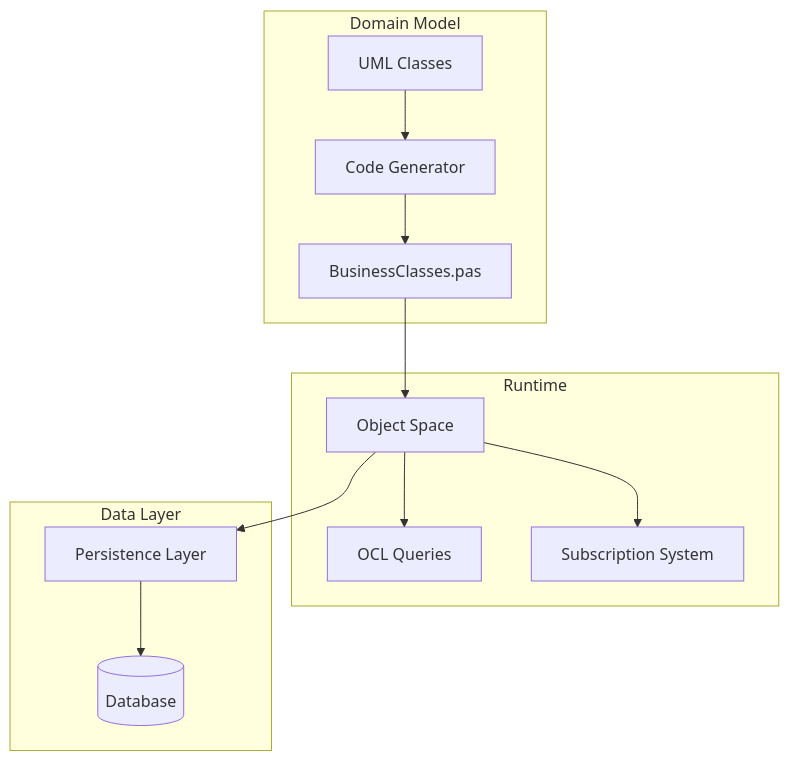
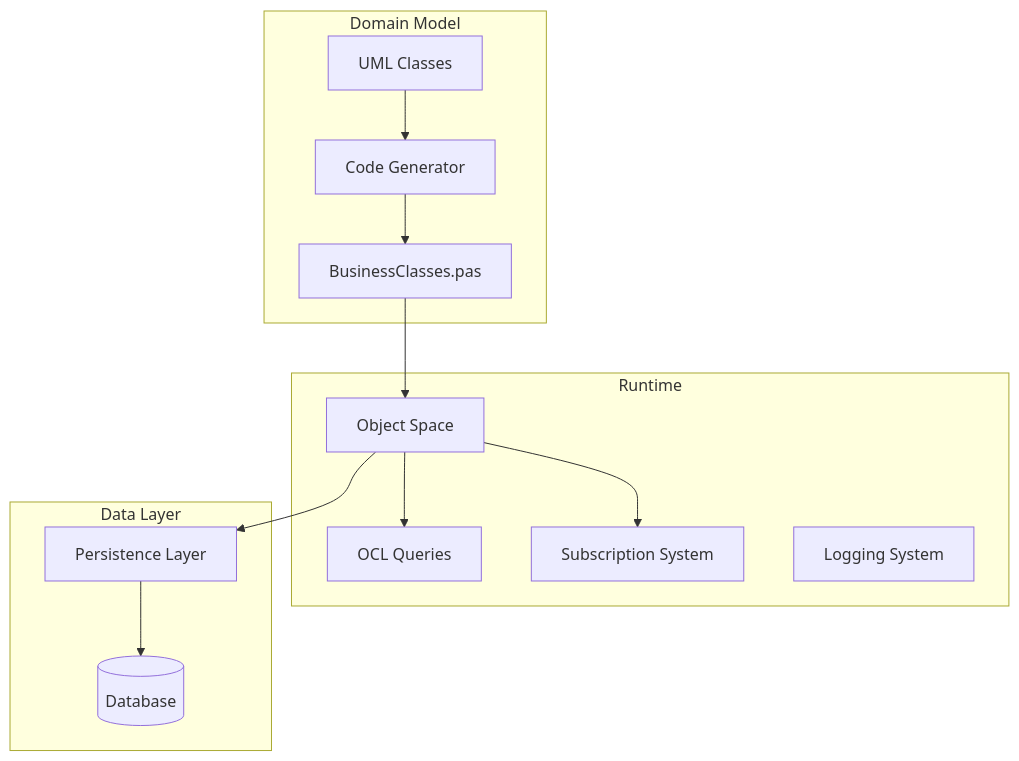
One commit to bero/BoldForDelphi changed the diagram in docs/concepts/index.md. Above: the diagram before and after it, drawn with Mermaid. The commit also changed other lines of this file and 2 other files, not shown here.

Commit message:
Add logging documentation
New documentation covering the three Bold logging systems:
- Simple file logging (BoldThreadSafeLog)
- Modern multi-sink logging (BoldLogManager)
- Legacy UI logging with progress tracking (BoldLogHandler)

Includes practical examples for each system.

````diff
--- a/docs/concepts/index.md
+++ b/docs/concepts/index.md
@@ -7,27 +7,28 @@
 ```mermaid
 flowchart TB
     subgraph Model["Domain Model"]
         UML[UML Classes]
         CodeGen[Code Generator]
         BusinessClasses[BusinessClasses.pas]
     end
 
     subgraph Runtime["Runtime"]
         ObjectSpace[Object Space]
         OCL[OCL Queries]
         Subscriptions[Subscription System]
+        Logging[Logging System]
     end
 
     subgraph Data["Data Layer"]
         Persistence[Persistence Layer]
         DB[(Database)]
     end
 
     UML --> CodeGen
     CodeGen --> BusinessClasses
     BusinessClasses --> ObjectSpace
     ObjectSpace --> OCL
     ObjectSpace --> Subscriptions
     ObjectSpace --> Persistence
     Persistence --> DB
 ```
````
